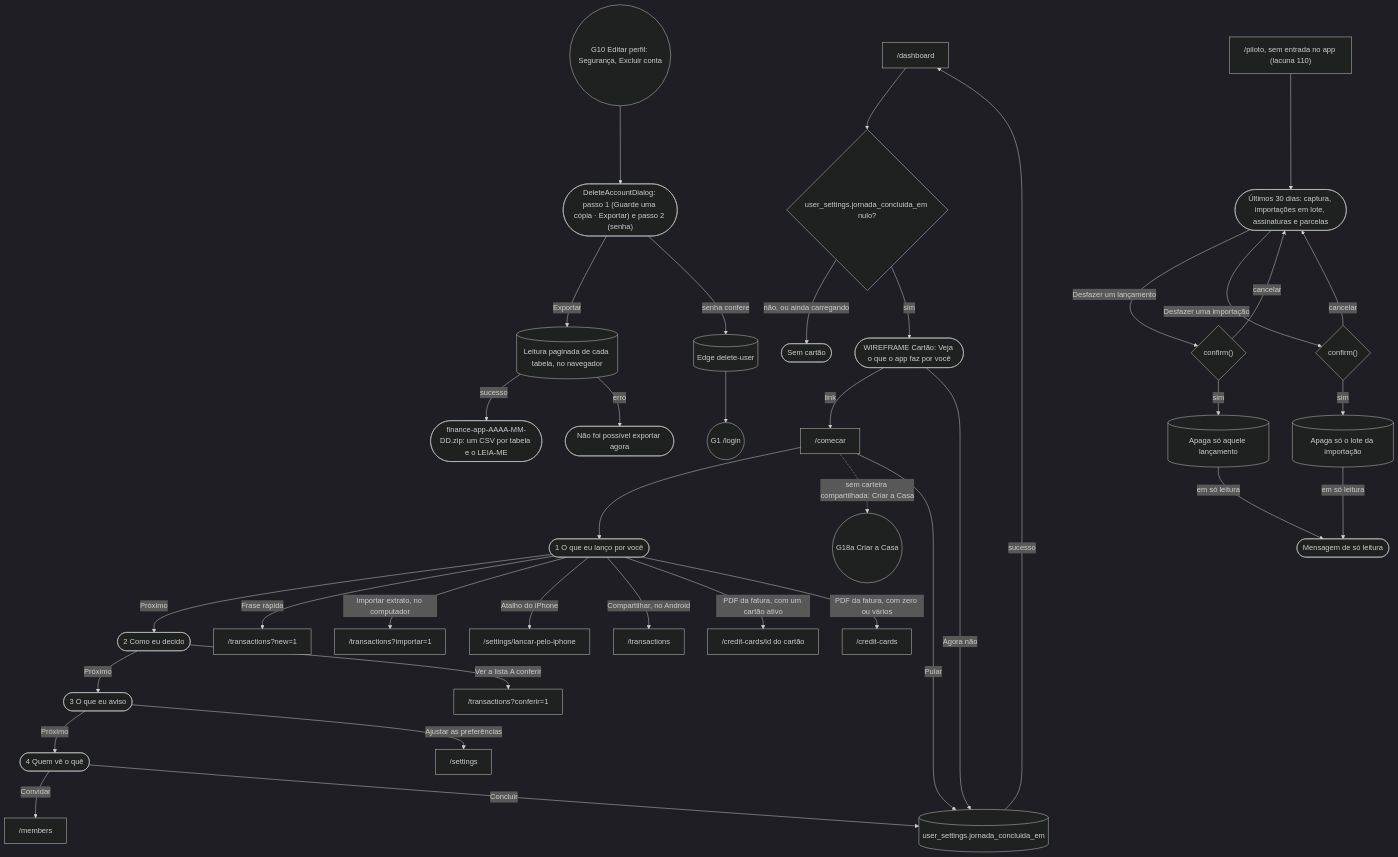
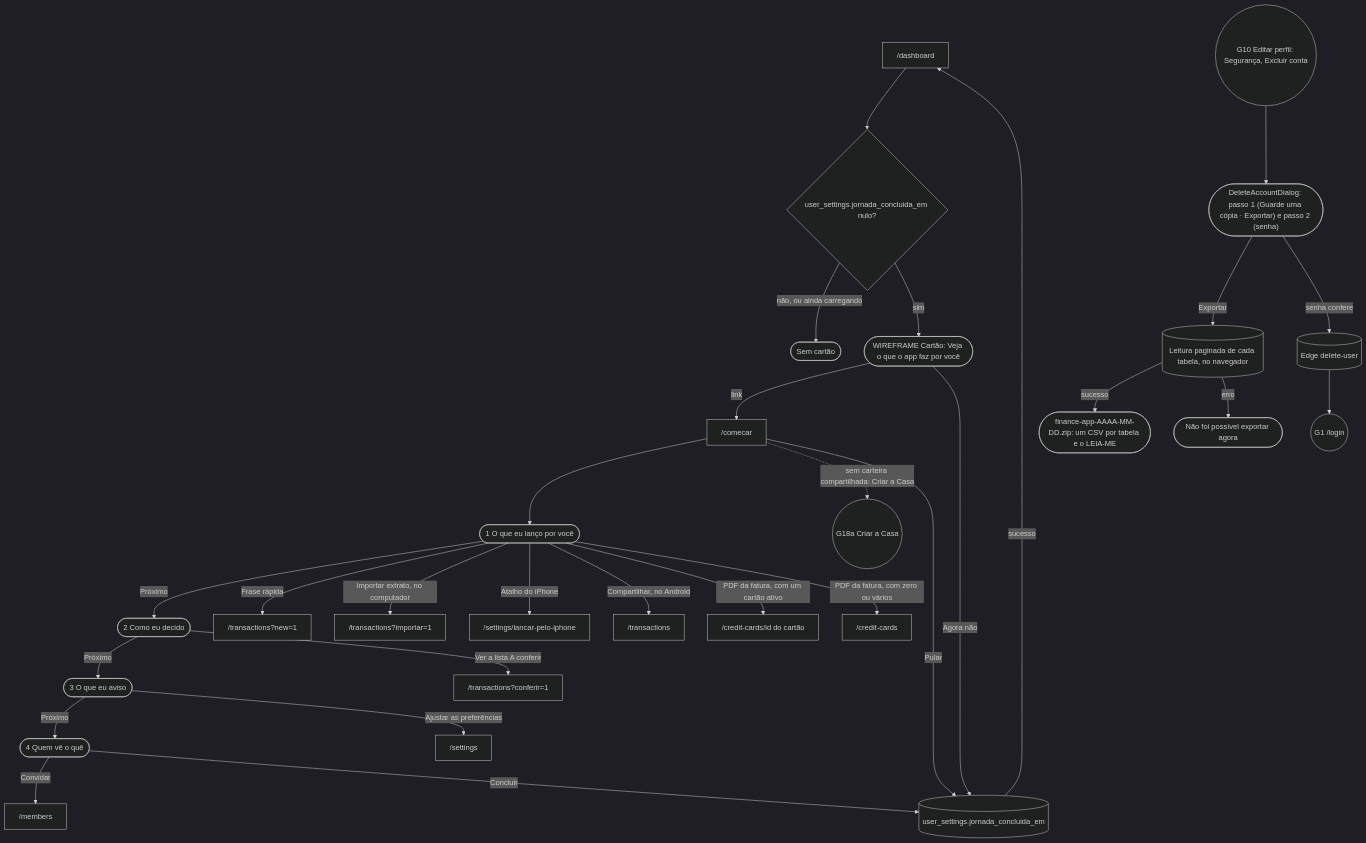
Before and after one commit to kauax2000/finance_app: diagram 19 of 32 in docs/JORNADAS.md, drawn with Mermaid. The commit also changed other lines of this file and 2 other files, not shown here.

Commit message:
docs(jornadas): sem a página Piloto Automático

````diff
--- a/docs/JORNADAS.md
+++ b/docs/JORNADAS.md
@@ -1473,41 +1473,32 @@
 ```mermaid
 %%{init: {"theme": "dark"}}%%
 flowchart TD
     dash["/dashboard"] --> cardCheck{"user_settings.jornada_concluida_em nulo?"}
     cardCheck -->|"não, ou ainda carregando"| nocard(["Sem cartão"])
     cardCheck -->|"sim"| invite(["WIREFRAME Cartão: Veja o que o app faz por você"])
     invite -->|"link"| comecar["/comecar"]
     invite -->|"Agora não"| concl[("user_settings.jornada_concluida_em")]
     comecar --> p1(["1 O que eu lanço por você"])
     p1 -->|"Próximo"| p2(["2 Como eu decido"])
     p2 -->|"Próximo"| p3(["3 O que eu aviso"])
     p3 -->|"Próximo"| p4(["4 Quem vê o quê"])
     p1 -->|"Frase rápida"| newTx["/transactions?new=1"]
     p1 -->|"Importar extrato, no computador"| imp["/transactions?importar=1"]
     p1 -->|"Atalho do iPhone"| acc["/settings/lancar-pelo-iphone"]
     p1 -->|"Compartilhar, no Android"| tx["/transactions"]
     p1 -->|"PDF da fatura, com um cartão ativo"| cardOne["/credit-cards/id do cartão"]
     p1 -->|"PDF da fatura, com zero ou vários"| cards["/credit-cards"]
     p2 -->|"Ver a lista A conferir"| conf["/transactions?conferir=1"]
     p3 -->|"Ajustar as preferências"| sets["/settings"]
     p4 -->|"Convidar"| members["/members"]
     p4 -->|"Concluir"| concl
     comecar -.->|"sem carteira compartilhada: Criar a Casa"| G18a(("G18a Criar a Casa"))
     comecar -->|"Pular"| concl
     concl -->|"sucesso"| dash
 
     editar(("G10 Editar perfil: Segurança, Excluir conta")) --> delDlg(["DeleteAccountDialog: passo 1 (Guarde uma cópia · Exportar) e passo 2 (senha)"])
     delDlg -->|"Exportar"| zip[("Leitura paginada de cada tabela, no navegador")]
     zip -->|"sucesso"| file(["finance-app-AAAA-MM-DD.zip: um CSV por tabela e o LEIA-ME"])
     zip -->|"erro"| zipErr(["Não foi possível exportar agora"])
     delDlg -->|"senha confere"| delUser[("Edge delete-user")] --> G1(("G1 /login"))
-    piloto["/piloto, sem entrada no app (lacuna 110)"] --> groups(["Últimos 30 dias: captura, importações em lote, assinaturas e parcelas"])
-    groups -->|"Desfazer um lançamento"| askOne{"confirm()"}
-    groups -->|"Desfazer uma importação"| askBatch{"confirm()"}
-    askOne -->|"sim"| delOne[("Apaga só aquele lançamento")]
-    askBatch -->|"sim"| delBatch[("Apaga só o lote da importação")]
-    askOne -->|"cancelar"| groups
-    askBatch -->|"cancelar"| groups
-    delOne -->|"em só leitura"| ro(["Mensagem de só leitura"])
-    delBatch -->|"em só leitura"| ro
 ```
````
